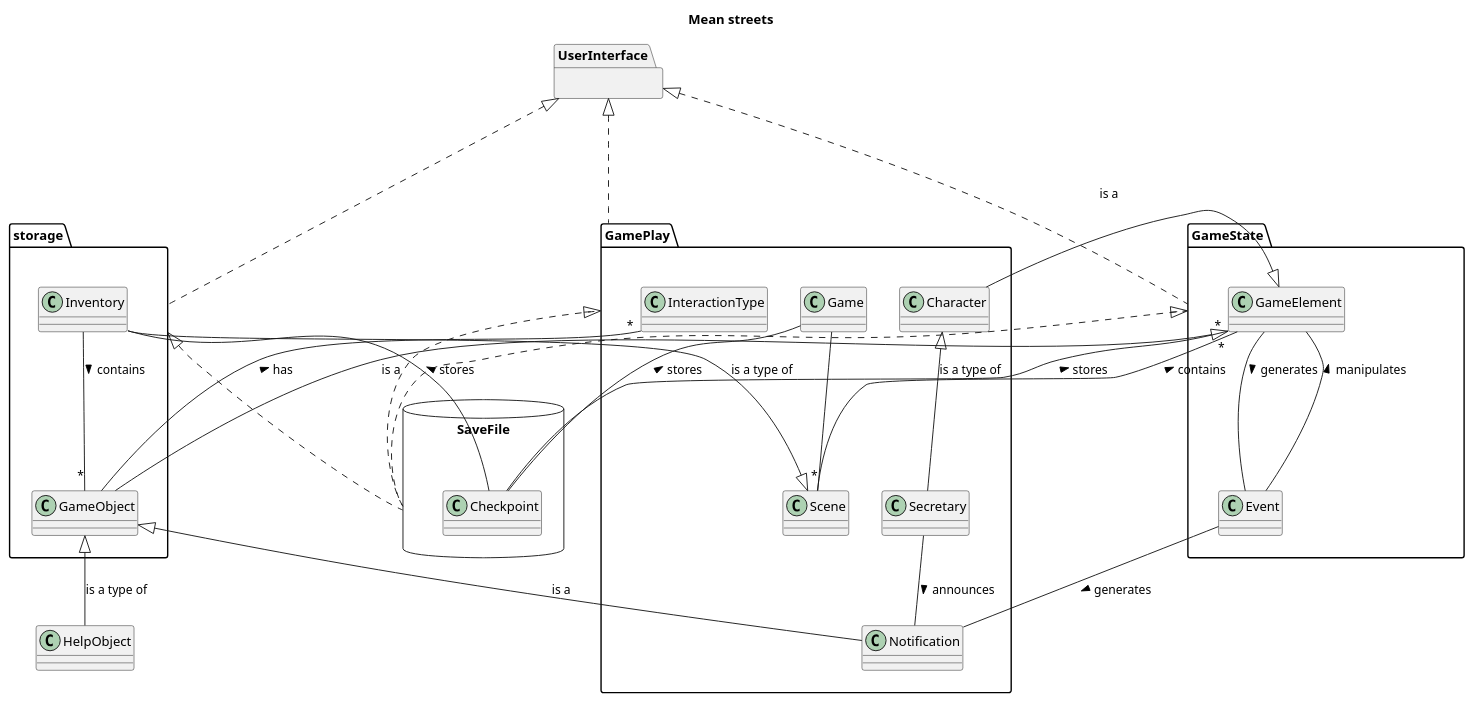
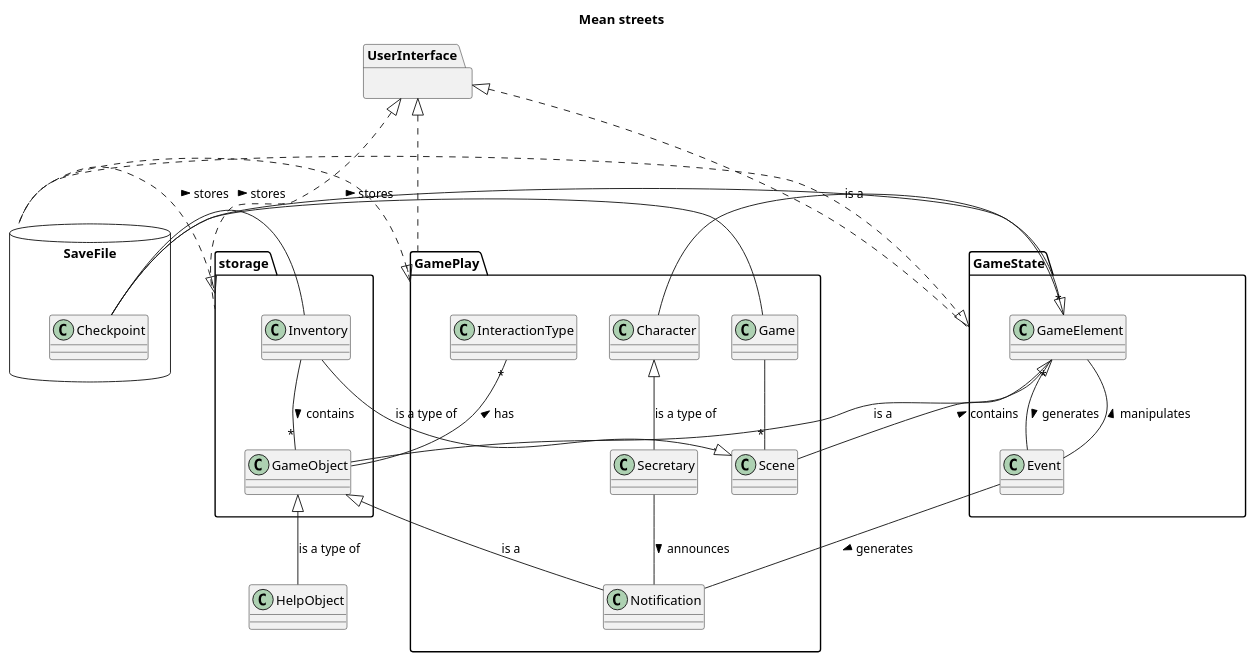
One commit to NoahHakansson/SE-PA1460 changed the diagram in architectDiagram.pu. Above: the diagram before and after it, drawn with PlantUML.

```diff
--- a/architectDiagram.pu
+++ b/architectDiagram.pu
@@ -1,63 +1,59 @@
 @startuml
 title Mean streets
 
 package storage {
     class Inventory
     class GameObject
 }
 
 database SaveFile {
     class Checkpoint
 }
 
 package UserInterface {}
 
 package GameState {
     class GameElement
     class Event
 }
 
 package GamePlay {
     class Game
     class Scene
     class Secretary
     class Character
     class Notification
     class InteractionType
 }
 
 UserInterface <|... storage
 UserInterface <|... GamePlay
 UserInterface <|... GameState
 
 storage <|... SaveFile
 GamePlay <|... SaveFile
 GameState <|... SaveFile
 
-storage -down[hidden]- SaveFile
-GamePlay -down[hidden]- SaveFile
-GameState -down[hidden]- SaveFile
-
 
 
 
 Game -- "*" Scene
 
 Checkpoint -- "*" GameElement : stores >
 Checkpoint -- Inventory : stores >
 Checkpoint - Game : stores >
 Character <|-- Secretary : is a type of
 GameElement <|-- GameObject : is a
 GameElement <|-- Character : is a
 Scene - "*" GameElement : contains >
 Scene <|-- Inventory : is a type of
 Inventory -- "*" GameObject : contains >
 GameElement -- Event : generates >
 Event -- Notification : generates >
 Event -- GameElement : manipulates >
 Secretary -- Notification : announces >
 GameObject <|-- HelpObject : is a type of
 GameObject <|-- Notification : is a
 GameObject -- "*" InteractionType : has >
 
 @enduml
```
